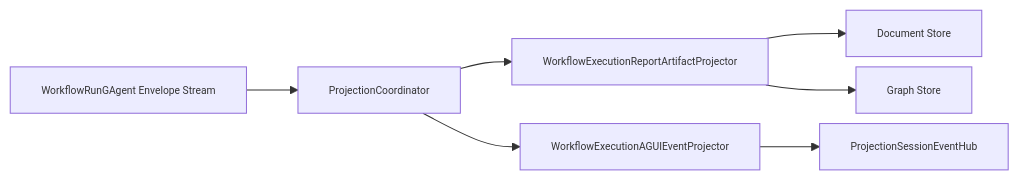
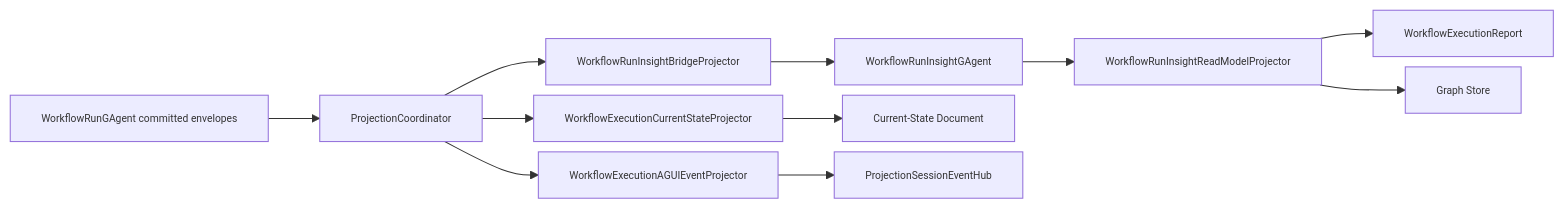
Before and after one commit to aevatarAI/aevatar: the diagram in src/workflow/Aevatar.Workflow.Projection/README.md, drawn with Mermaid. The commit also changed other lines of this file and 91 other files, not shown here.

First line of the commit message:
Refactor Workflow Projection Services and Update ReadModel Architecture

````diff
--- a/src/workflow/Aevatar.Workflow.Projection/README.md
+++ b/src/workflow/Aevatar.Workflow.Projection/README.md
@@ -25,18 +28,26 @@
 ```mermaid
 %%{init: {"maxTextSize": 100000, "flowchart": {"useMaxWidth": false, "nodeSpacing": 10, "rankSpacing": 50}, "themeVariables": {"fontSize": "10px"}}}%%
 flowchart LR
-  ES["WorkflowRunGAgent Envelope Stream"]
+  RUN["WorkflowRunGAgent committed envelopes"]
   COOR["ProjectionCoordinator"]
-  RM["WorkflowExecutionReportArtifactProjector"]
+  CUR["WorkflowExecutionCurrentStateProjector"]
+  BRIDGE["WorkflowRunInsightBridgeProjector"]
+  INSIGHT["WorkflowRunInsightGAgent"]
+  INSIGHTP["WorkflowRunInsightReadModelProjector"]
   AG["WorkflowExecutionAGUIEventProjector"]
-  DOC["Document Store"]
+  CURDOC["Current-State Document"]
+  REPORT["WorkflowExecutionReport"]
   GRAPH["Graph Store"]
   HUB["ProjectionSessionEventHub<WorkflowRunEvent>"]
 
-  ES --> COOR
-  COOR --> RM
+  RUN --> COOR
+  COOR --> CUR
+  COOR --> BRIDGE
   COOR --> AG
-  RM --> DOC
-  RM --> GRAPH
+  CUR --> CURDOC
+  BRIDGE --> INSIGHT
+  INSIGHT --> INSIGHTP
+  INSIGHTP --> REPORT
+  INSIGHTP --> GRAPH
   AG --> HUB
 ```
````
